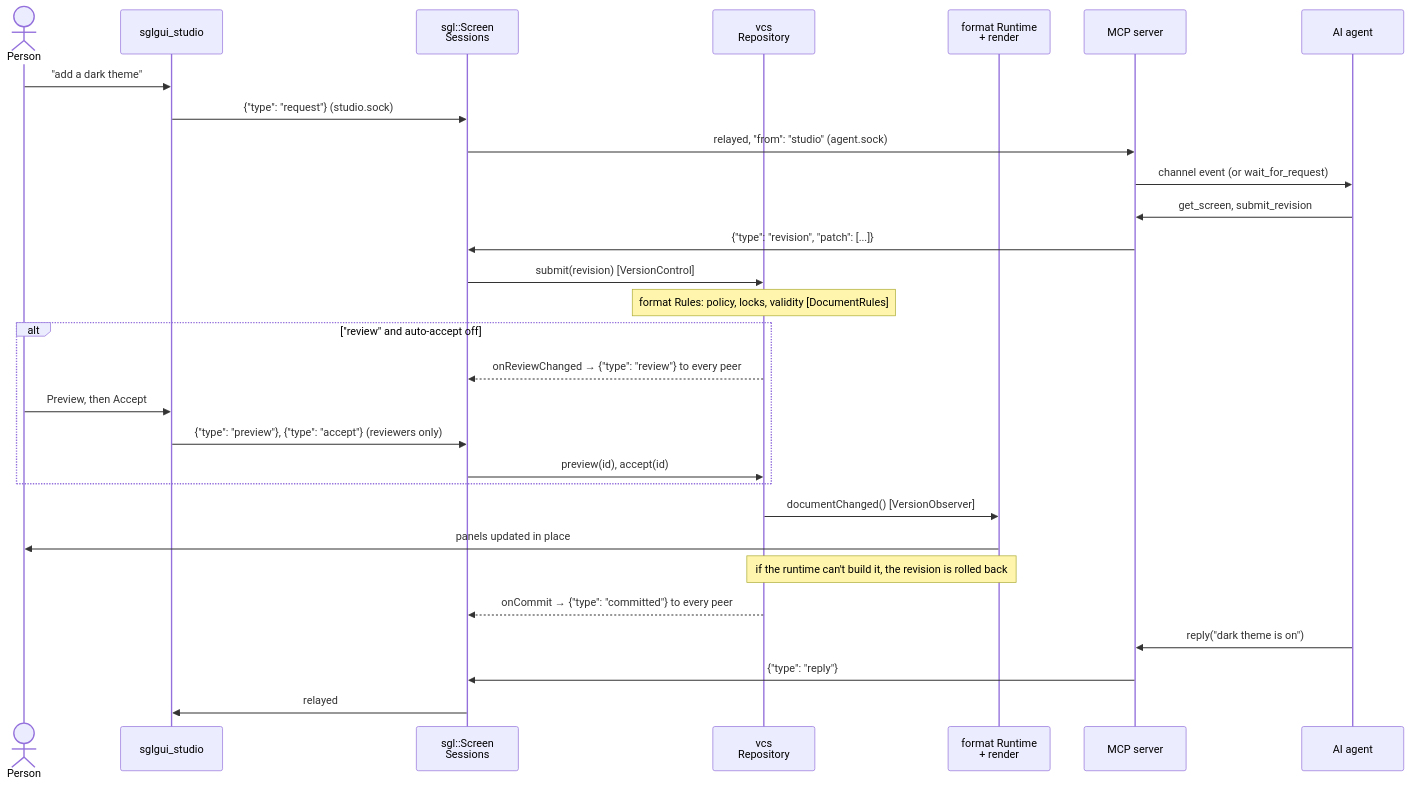
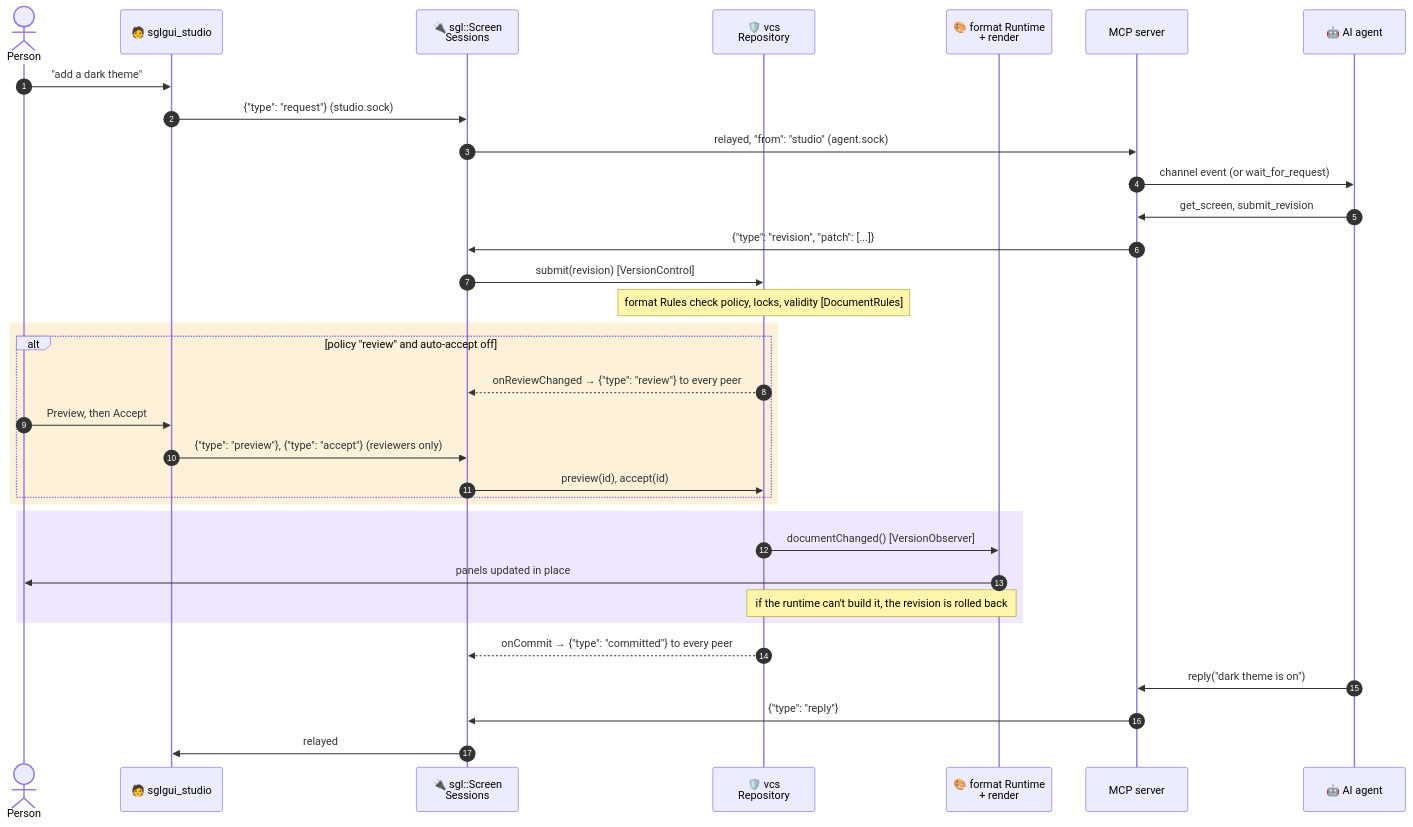
Before and after one commit to RiccardoSottini/AffrescoUI: the third of 5 diagrams in README.md, drawn with Mermaid. The commit also changed other lines of this file and 65 other files, not shown here.

````diff
--- a/README.md
+++ b/README.md
@@ -130,32 +269,37 @@
 ```mermaid
 sequenceDiagram
+    autonumber
     actor Person
-    participant Studio as sglgui_studio
-    participant Peers as sgl::Screen<br/>Sessions
-    participant VCS as vcs<br/>Repository
-    participant RT as format Runtime<br/>+ render
+    participant Studio as 🧑 sglgui_studio
+    participant Peers as 🔌 sgl::Screen<br/>Sessions
+    participant VCS as 🛡️ vcs<br/>Repository
+    participant RT as 🎨 format Runtime<br/>+ render
     participant MCP as MCP server
-    participant Agent as AI agent
+    participant Agent as 🤖 AI agent
 
     Person->>Studio: "add a dark theme"
     Studio->>Peers: {"type": "request"}  (studio.sock)
     Peers->>MCP: relayed, "from": "studio"  (agent.sock)
     MCP->>Agent: channel event (or wait_for_request)
     Agent->>MCP: get_screen, submit_revision
     MCP->>Peers: {"type": "revision", "patch": [...]}
     Peers->>VCS: submit(revision)  [VersionControl]
-    Note over VCS: format Rules: policy, locks, validity  [DocumentRules]
-    alt "review" and auto-accept off
+    Note over VCS: format Rules check policy, locks, validity  [DocumentRules]
+    rect rgba(245, 158, 11, 0.15)
+    alt policy "review" and auto-accept off
         VCS-->>Peers: onReviewChanged → {"type": "review"} to every peer
         Person->>Studio: Preview, then Accept
         Studio->>Peers: {"type": "preview"}, {"type": "accept"}  (reviewers only)
         Peers->>VCS: preview(id), accept(id)
     end
+    end
+    rect rgba(139, 92, 246, 0.15)
     VCS->>RT: documentChanged()  [VersionObserver]
     RT->>Person: panels updated in place
     Note over VCS,RT: if the runtime can't build it, the revision is rolled back
+    end
     VCS-->>Peers: onCommit → {"type": "committed"} to every peer
     Agent->>MCP: reply("dark theme is on")
     MCP->>Peers: {"type": "reply"}
     Peers->>Studio: relayed
 ```
````
